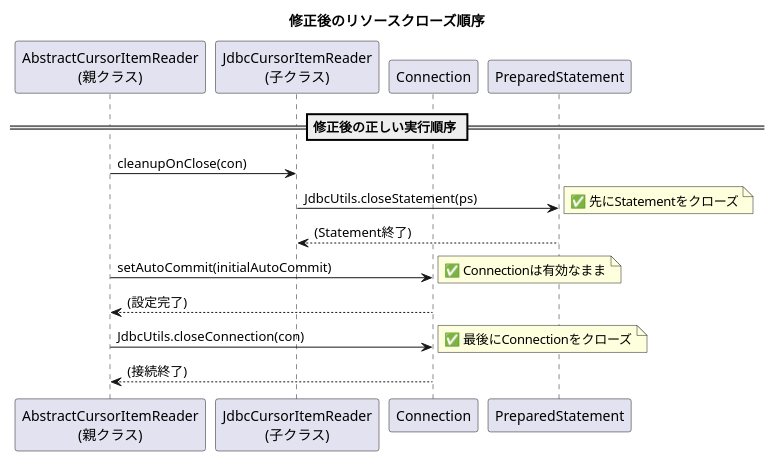
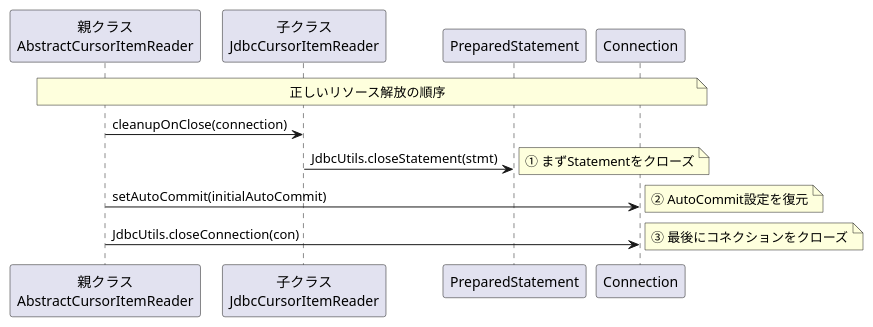
The second of 2 diagrams in output/spring-batch/6.0.2/all/current/markdown/issues_summary/issue_5109.md (mochimoching/github_issue_translate), drawn with PlantUML before and after one commit. The commit also changed other lines of this file and 63 other files, not shown here.

````diff
--- a/output/spring-batch/6.0.2/all/current/markdown/issues_summary/issue_5109.md
+++ b/output/spring-batch/6.0.2/all/current/markdown/issues_summary/issue_5109.md
@@ -96,26 +36,21 @@
 ```plantuml
 @startuml
-title 修正後のリソースクローズ順序
+participant "親クラス\nAbstractCursorItemReader" as Parent
+participant "子クラス\nJdbcCursorItemReader" as Child
+participant "PreparedStatement" as Stmt
+participant "Connection" as Conn
 
-participant "AbstractCursorItemReader\n(親クラス)" as Parent
-participant "JdbcCursorItemReader\n(子クラス)" as Child
-participant "Connection" as Con
-participant "PreparedStatement" as PS
+note over Parent, Conn: 正しいリソース解放の順序
 
-== 修正後の正しい実行順序 ==
+Parent -> Child: cleanupOnClose(connection)
+Child -> Stmt: JdbcUtils.closeStatement(stmt)
+note right: ① まずStatementをクローズ
 
-Parent -> Child: cleanupOnClose(con)
-Child -> PS: JdbcUtils.closeStatement(ps)
-note right: ✅ 先にStatementをクローズ
-PS --> Child: (Statement終了)
+Parent -> Conn: setAutoCommit(initialAutoCommit)
+note right: ② AutoCommit設定を復元
 
-Parent -> Con: setAutoCommit(initialAutoCommit)
-note right: ✅ Connectionは有効なまま
-Con --> Parent: (設定完了)
-
-Parent -> Con: JdbcUtils.closeConnection(con)
-note right: ✅ 最後にConnectionをクローズ
-Con --> Parent: (接続終了)
+Parent -> Conn: JdbcUtils.closeConnection(con)
+note right: ③ 最後にコネクションをクローズ
 
 @enduml
 ```
````
